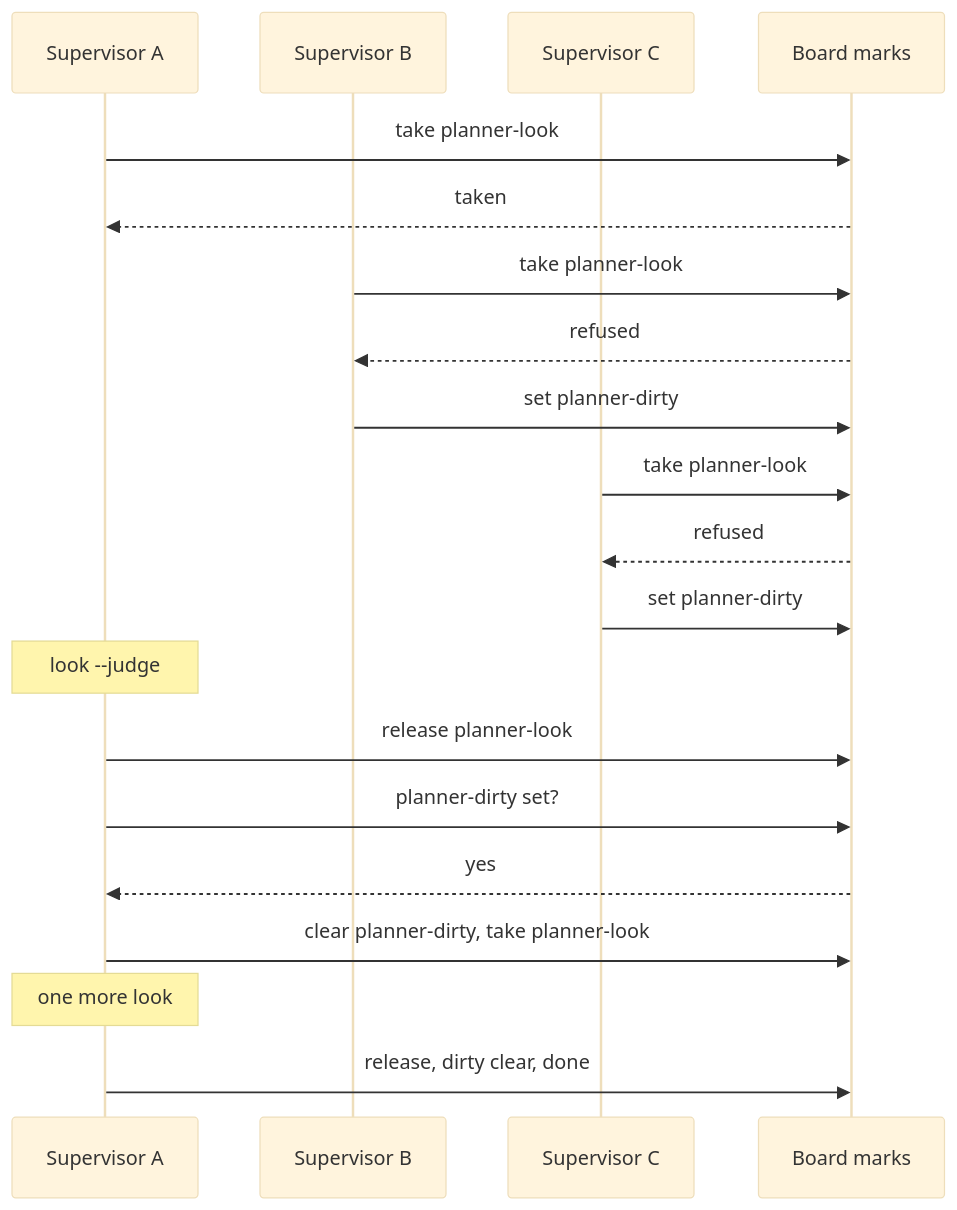
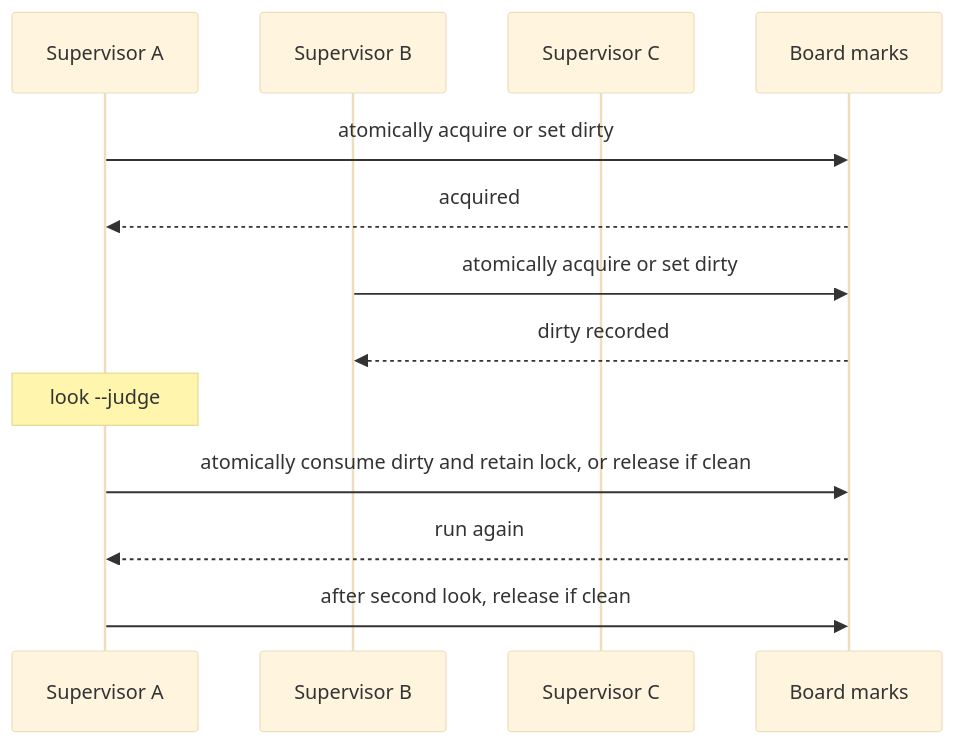
Before and after one commit to ProlesDei/maestro: the third of 7 diagrams in docs/design/t3-runtime.md, drawn with Mermaid (base theme). The commit also changed other lines of this file, not shown here.

````diff
--- a/docs/design/t3-runtime.md
+++ b/docs/design/t3-runtime.md
@@ -119,22 +119,15 @@
 ```mermaid
 sequenceDiagram
   participant A as Supervisor A
   participant B as Supervisor B
   participant C as Supervisor C
   participant M as Board marks
-  A->>M: take planner-look
-  M-->>A: taken
-  B->>M: take planner-look
-  M-->>B: refused
-  B->>M: set planner-dirty
-  C->>M: take planner-look
-  M-->>C: refused
-  C->>M: set planner-dirty
+  A->>M: atomically acquire or set dirty
+  M-->>A: acquired
+  B->>M: atomically acquire or set dirty
+  M-->>B: dirty recorded
   Note over A: look --judge
-  A->>M: release planner-look
-  A->>M: planner-dirty set?
-  M-->>A: yes
-  A->>M: clear planner-dirty, take planner-look
-  Note over A: one more look
-  A->>M: release, dirty clear, done
+  A->>M: atomically consume dirty and retain lock, or release if clean
+  M-->>A: run again
+  A->>M: after second look, release if clean
 ```
````
